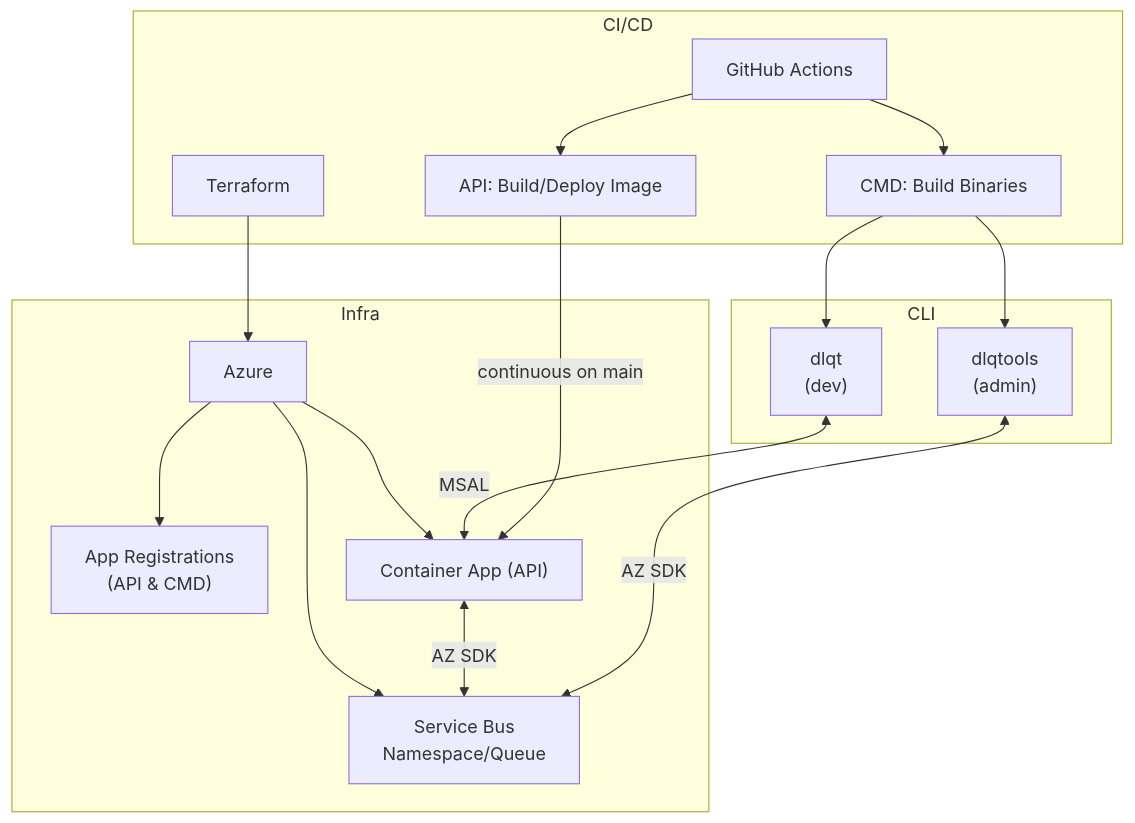
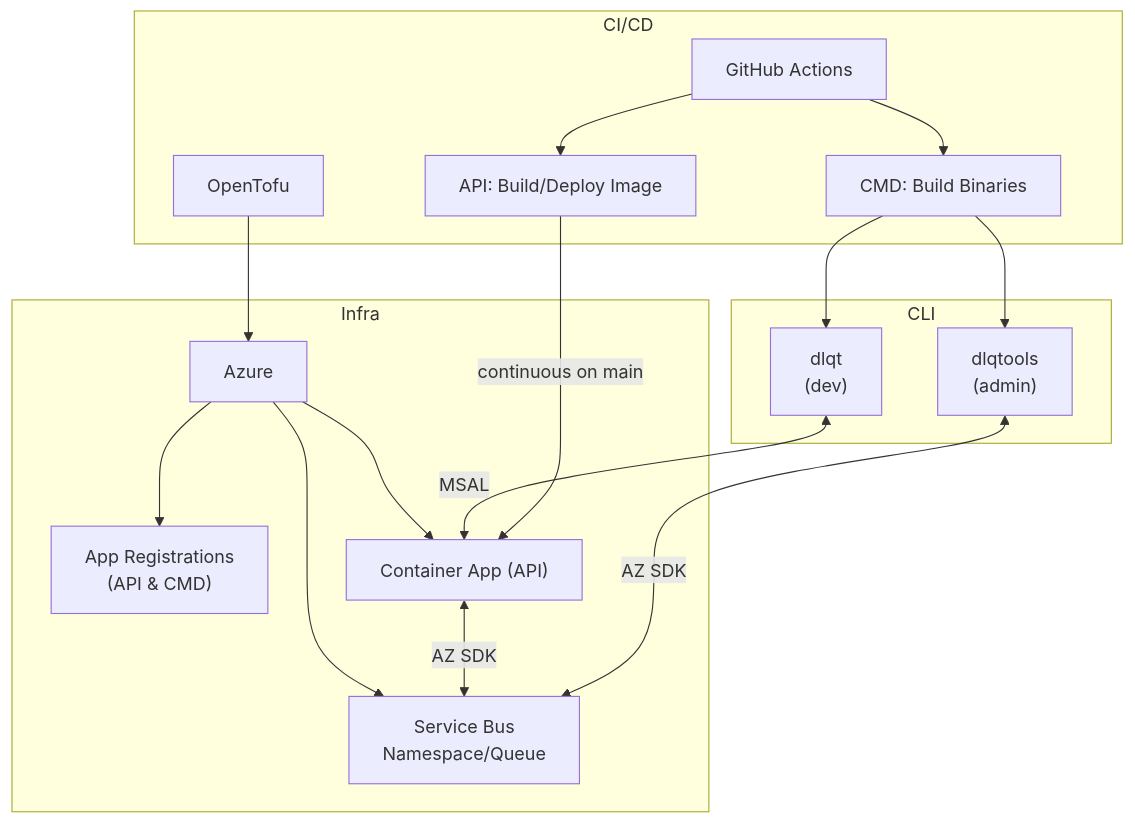
One commit to emerconn/dlqt changed the diagram in README.md. Above: the diagram before and after it, drawn with Mermaid.

````diff
--- a/README.md
+++ b/README.md
@@ -34,32 +34,32 @@
 ```mermaid
 graph TD
     subgraph "CI/CD"
-        A["Terraform"]
+        A["OpenTofu"]
 
         C["GitHub Actions"]
         C --> D["CMD: Build Binaries"]
         C --> F["API: Build/Deploy Image"]
     end
 
     subgraph "Infra"
         B["Azure"]
         B --> B1["App Registrations
                   (API & CMD)"]
         B --> B2["Container App (API)"]
         B --> B3["Service Bus
                   Namespace/Queue"]
         B2 <-->|AZ SDK| B3
     end
 
     subgraph "CLI"
         H["dlqt
           (dev)"] <-->|MSAL| B2
         K["dlqtools
           (admin)"] <-->|AZ SDK| B3
     end
 
     A --> B
     F -->|continuous on main| B2
     D --> H
     D --> K
 ```
````
